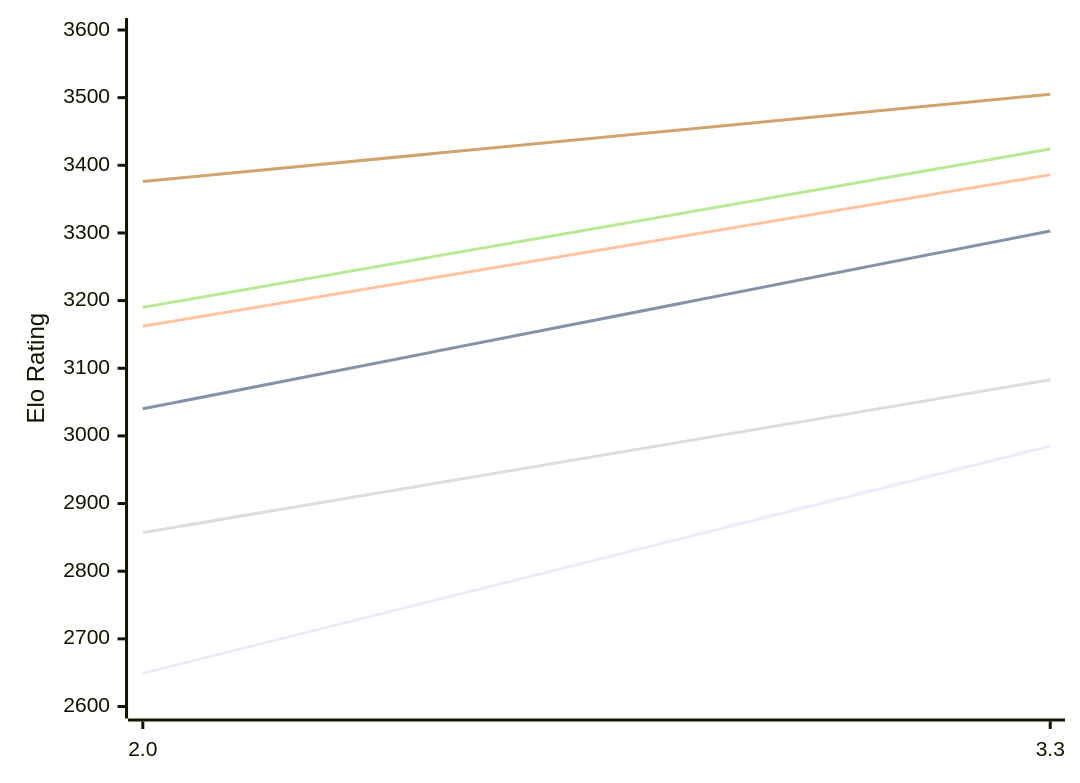
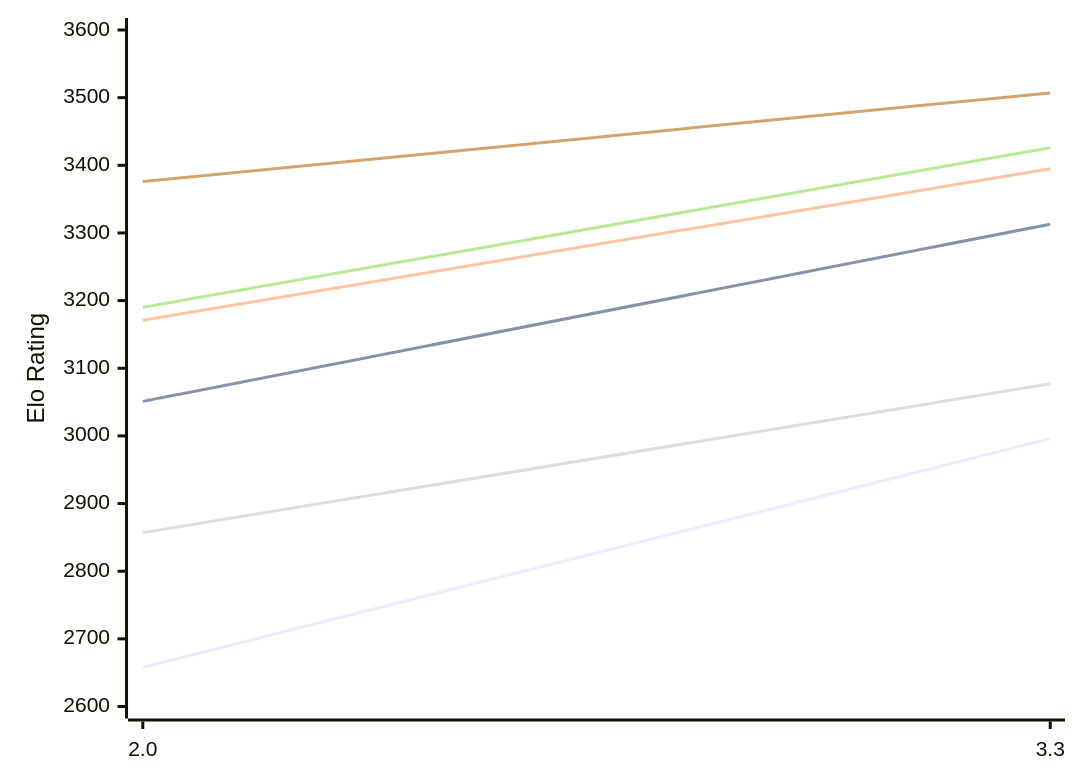
Before and after one commit to computer-chess-index/cci: the first of 2 diagrams in engines/Ceylondemon.md, drawn with Mermaid. The commit also changed other lines of this file, not shown here.

Commit message:
Update CCI Ratings (ELO VLTC) - 2026-11-07

````diff
--- a/engines/Ceylondemon.md
+++ b/engines/Ceylondemon.md
@@ -50,12 +50,12 @@
 ```mermaid
 %%{init: {"theme":"base","themeVariables":{"seriesColors:['#a3a3a3','#222221','#faa371']}}}%%
 xychart-beta
   x-axis ["2.0", "3.3"]
   y-axis "Elo Rating" 2600 --> 3600
-  line "E1: STC (8.0+0.08s)" [2649, 2985]
-  line "E1: LTC (60.0+0.60s)" [3040, 3303]
-  line "E1: VLTC (2m24s+1.12s)" [3162, 3386]
-  line "P1: STC (8.0+0.08s)" [2857, 3083]
-  line "P1: LTC (60.0+0.60s)" [3190, 3424]
-  line "P1: VLTC (2m24s+1.12s)" [3376, 3505]
+  line "E1: STC (8.0+0.08s)" [2658, 2996]
+  line "E1: LTC (60.0+0.60s)" [3051, 3313]
+  line "E1: VLTC (2m24s+1.12s)" [3171, 3395]
+  line "P1: STC (8.0+0.08s)" [2857, 3077]
+  line "P1: LTC (60.0+0.60s)" [3190, 3426]
+  line "P1: VLTC (2m24s+1.12s)" [3376, 3507]
 ```
````
